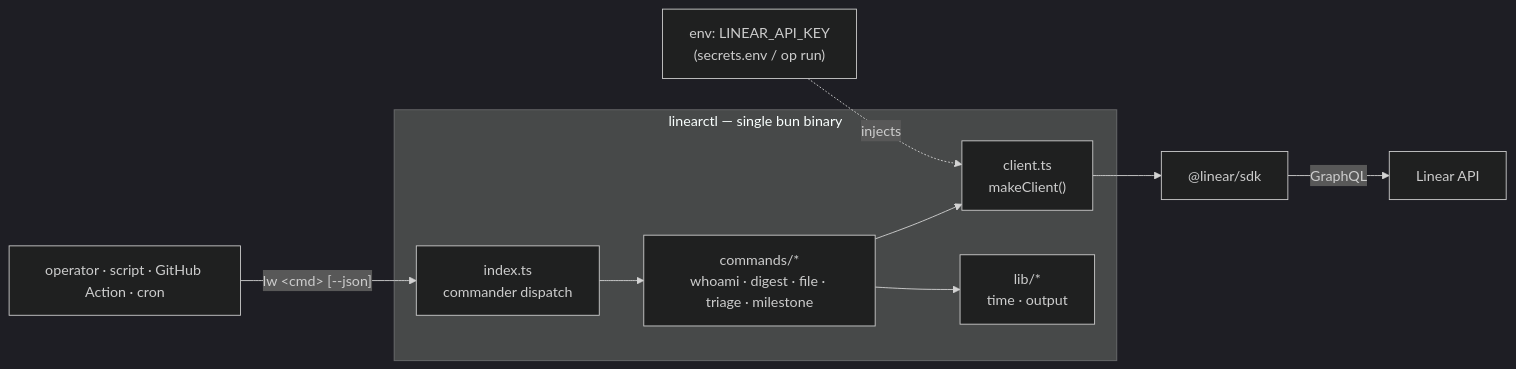
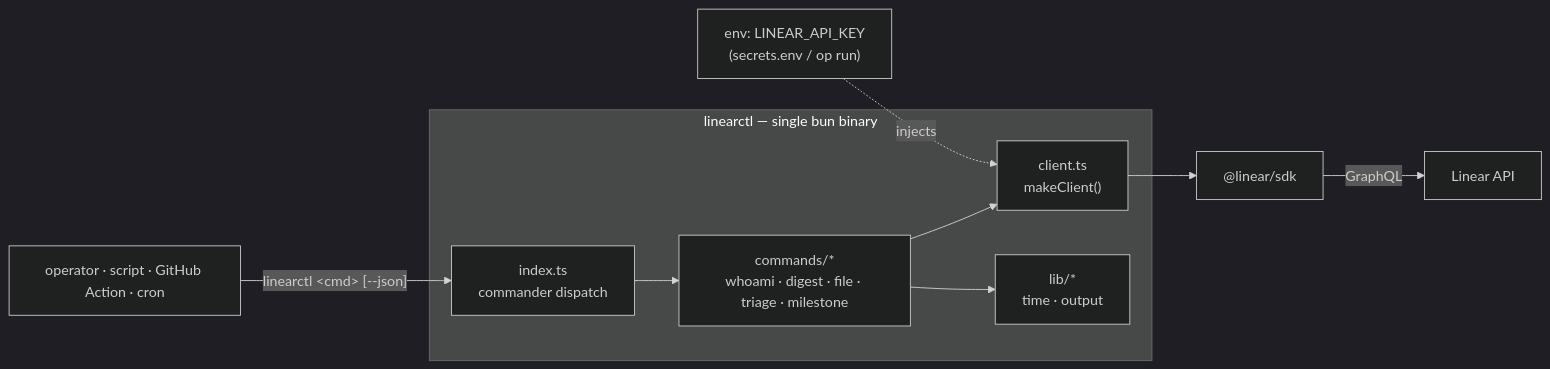
One commit to cerebral-work/linearctl changed the first of 3 diagrams in docs/spec.md. Above: the diagram before and after it, drawn with Mermaid (dark theme). The commit also changed other lines of this file and 12 other files, not shown here.

````diff
--- a/docs/spec.md
+++ b/docs/spec.md
@@ -60,14 +60,14 @@
 ```mermaid
 flowchart LR
   U["operator · script · GitHub Action · cron"]
   subgraph bin["linearctl — single bun binary"]
     CLI["index.ts<br/>commander dispatch"]
     CLI --> CMD["commands/*<br/>whoami · digest · file · triage · milestone"]
     CMD --> CLIENT["client.ts<br/>makeClient()"]
     CMD --> LIB["lib/*<br/>time · output"]
   end
-  U -->|"lw &lt;cmd&gt; [--json]"| CLI
+  U -->|"linearctl &lt;cmd&gt; [--json]"| CLI
   ENV["env: LINEAR_API_KEY<br/>(secrets.env / op run)"] -.->|injects| CLIENT
   CLIENT --> SDK["@linear/sdk"]
   SDK -->|GraphQL| API["Linear API"]
 ```
````
